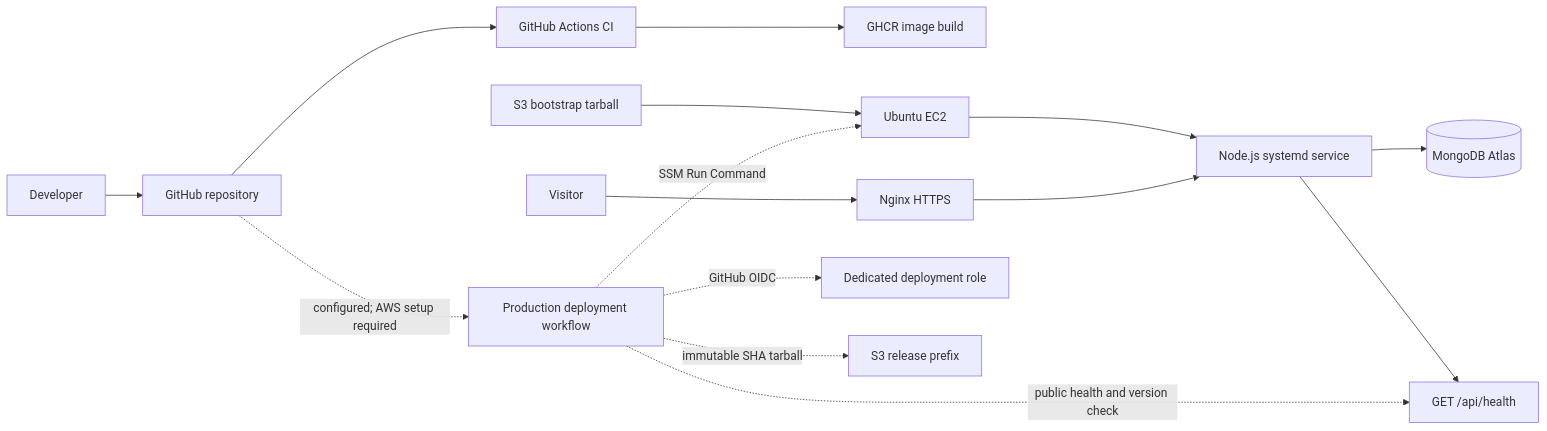
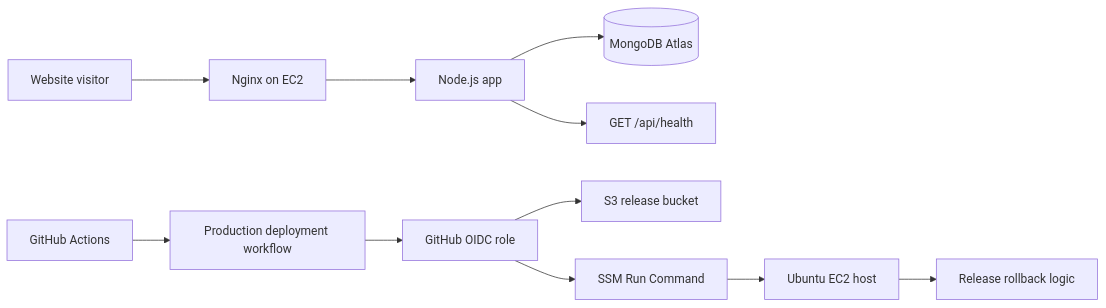
One commit to rico-del/Golden-Plate-Catering changed the second of 2 diagrams in README.md. Above: the diagram before and after it, drawn with Mermaid. The commit also changed other lines of this file and 13 other files, not shown here.

````diff
--- a/README.md
+++ b/README.md
@@ -32,17 +87,14 @@
 ```mermaid
 flowchart LR
-	Developer --> Repo[GitHub repository]
-	Repo --> CI[GitHub Actions CI]
-	CI --> GHCR[GHCR image build]
-	Bootstrap[S3 bootstrap tarball] --> EC2[Ubuntu EC2]
-	EC2 --> Node[Node.js systemd service]
-	Node --> Mongo[(MongoDB Atlas)]
-	Visitor --> Nginx[Nginx HTTPS]
-	Nginx --> Node
-	Node --> Health[GET /api/health]
-	Repo -. configured; AWS setup required .-> CD[Production deployment workflow]
-	CD -. GitHub OIDC .-> IAM[Dedicated deployment role]
-	CD -. immutable SHA tarball .-> S3[S3 release prefix]
-	CD -. SSM Run Command .-> EC2
-	CD -. public health and version check .-> Health
+    Visitor[Website visitor] --> Nginx[Nginx on EC2]
+    Nginx --> Node[Node.js app]
+    Node --> Atlas[(MongoDB Atlas)]
+    Node --> Health[GET /api/health]
+
+    GH[GitHub Actions] --> Deploy[Production deployment workflow]
+    Deploy --> OIDC[GitHub OIDC role]
+    OIDC --> S3Bucket[S3 release bucket]
+    OIDC --> SSM[SSM Run Command]
+    SSM --> EC2[Ubuntu EC2 host]
+    EC2 --> Rollback[Release rollback logic]
 ```
````
